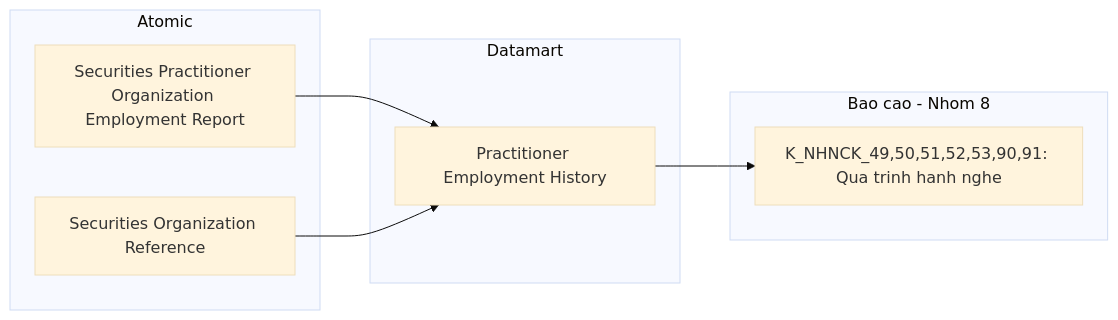
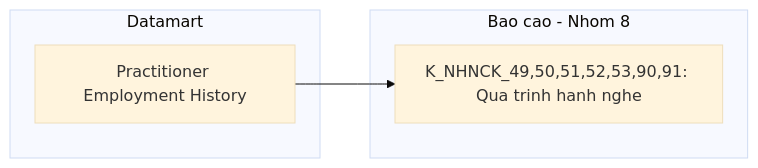
Diagram 29 of 40 in Datamart/hld/DTM_NHNCK_HLD.md (linhlvit/ubck_atomic_design), drawn with Mermaid (base theme) before and after one commit. The commit also changed other lines of this file and 35 other files, not shown here.

````diff
--- a/Datamart/hld/DTM_NHNCK_HLD.md
+++ b/Datamart/hld/DTM_NHNCK_HLD.md
@@ -1221,16 +1197,10 @@
 ```mermaid
 flowchart LR
-    subgraph SIL["Atomic"]
-        SV1["Securities Practitioner Organization Employment Report"]
-        SV2["Securities Organization Reference"]
-    end
     subgraph Datamart["Datamart"]
         G1["Practitioner Employment History"]
     end
     subgraph RPT["Bao cao - Nhom 8"]
         R1["K_NHNCK_49,50,51,52,53,90,91: Qua trinh hanh nghe"]
     end
-    SV1 --> G1
-    SV2 --> G1
     G1 --> R1
 ```
````
